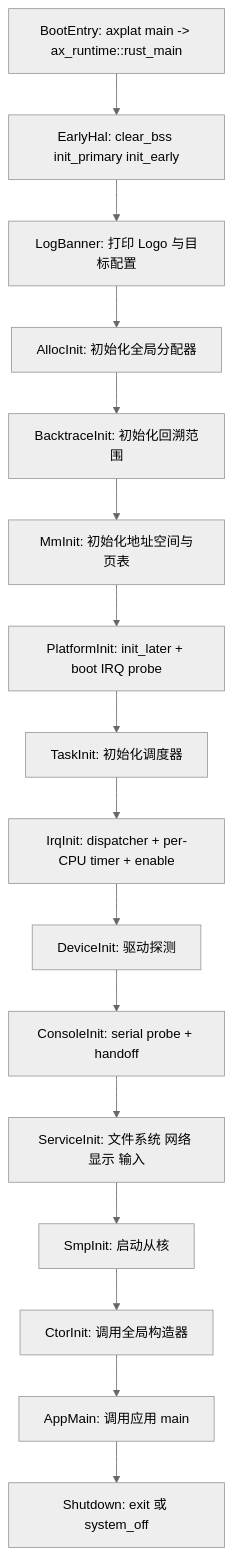
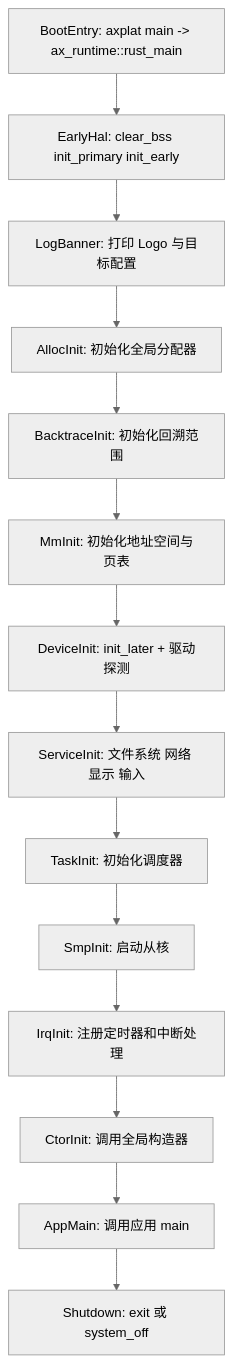
Before and after one commit to Dirinkbottle/tgoskits: the fifth of 5 diagrams in docs/docs/architecture/arceos/overview.md, drawn with Mermaid (neutral theme). The commit also changed other lines of this file and 3840 other files, not shown here.

````diff
--- a/docs/docs/architecture/arceos/overview.md
+++ b/docs/docs/architecture/arceos/overview.md
@@ -228,35 +224,31 @@
 ```mermaid
 flowchart TD
     bootEntry["BootEntry: axplat main -> ax_runtime::rust_main"]
     earlyHal["EarlyHal: clear_bss init_primary init_early"]
     logBanner["LogBanner: 打印 Logo 与目标配置"]
     allocInit["AllocInit: 初始化全局分配器"]
     backtraceInit["BacktraceInit: 初始化回溯范围"]
     mmInit["MmInit: 初始化地址空间与页表"]
-    platformInit["PlatformInit: init_later + boot IRQ probe"]
+    deviceInit["DeviceInit: init_later + 驱动探测"]
+    serviceInit["ServiceInit: 文件系统 网络 显示 输入"]
     taskInit["TaskInit: 初始化调度器"]
-    irqInit["IrqInit: dispatcher + per-CPU timer + enable"]
-    deviceInit["DeviceInit: 驱动探测"]
-    consoleInit["ConsoleInit: serial probe + handoff"]
-    serviceInit["ServiceInit: 文件系统 网络 显示 输入"]
     smpInit["SmpInit: 启动从核"]
+    irqInit["IrqInit: 注册定时器和中断处理"]
     ctorInit["CtorInit: 调用全局构造器"]
     appMain["AppMain: 调用应用 main"]
     shutdown["Shutdown: exit 或 system_off"]
 
     bootEntry --> earlyHal
     earlyHal --> logBanner
     logBanner --> allocInit
     allocInit --> backtraceInit
     backtraceInit --> mmInit
-    mmInit --> platformInit
-    platformInit --> taskInit
-    taskInit --> irqInit
-    irqInit --> deviceInit
-    deviceInit --> consoleInit
-    consoleInit --> serviceInit
-    serviceInit --> smpInit
-    smpInit --> ctorInit
+    mmInit --> deviceInit
+    deviceInit --> serviceInit
+    serviceInit --> taskInit
+    taskInit --> smpInit
+    smpInit --> irqInit
+    irqInit --> ctorInit
     ctorInit --> appMain
     appMain --> shutdown
 ```
````
